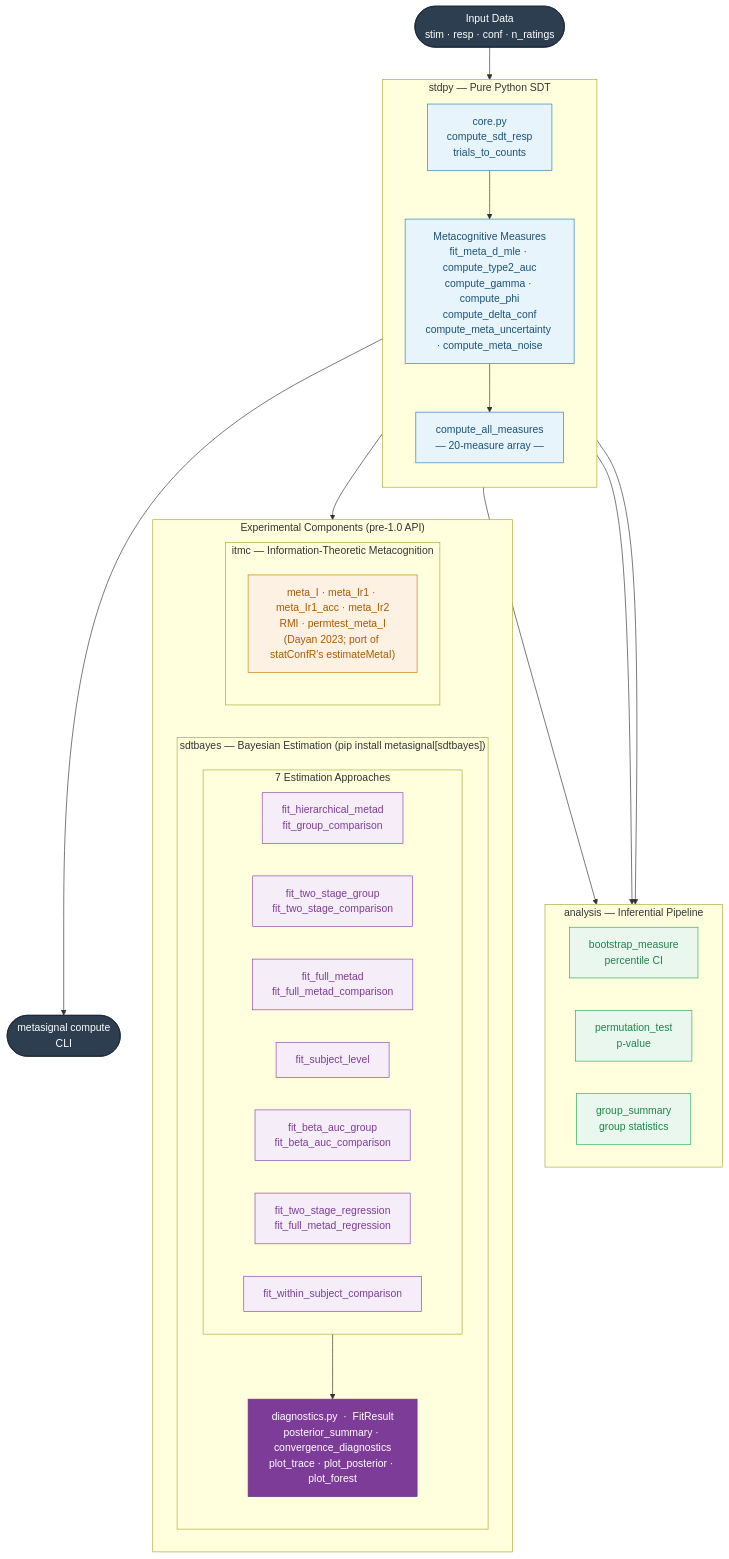
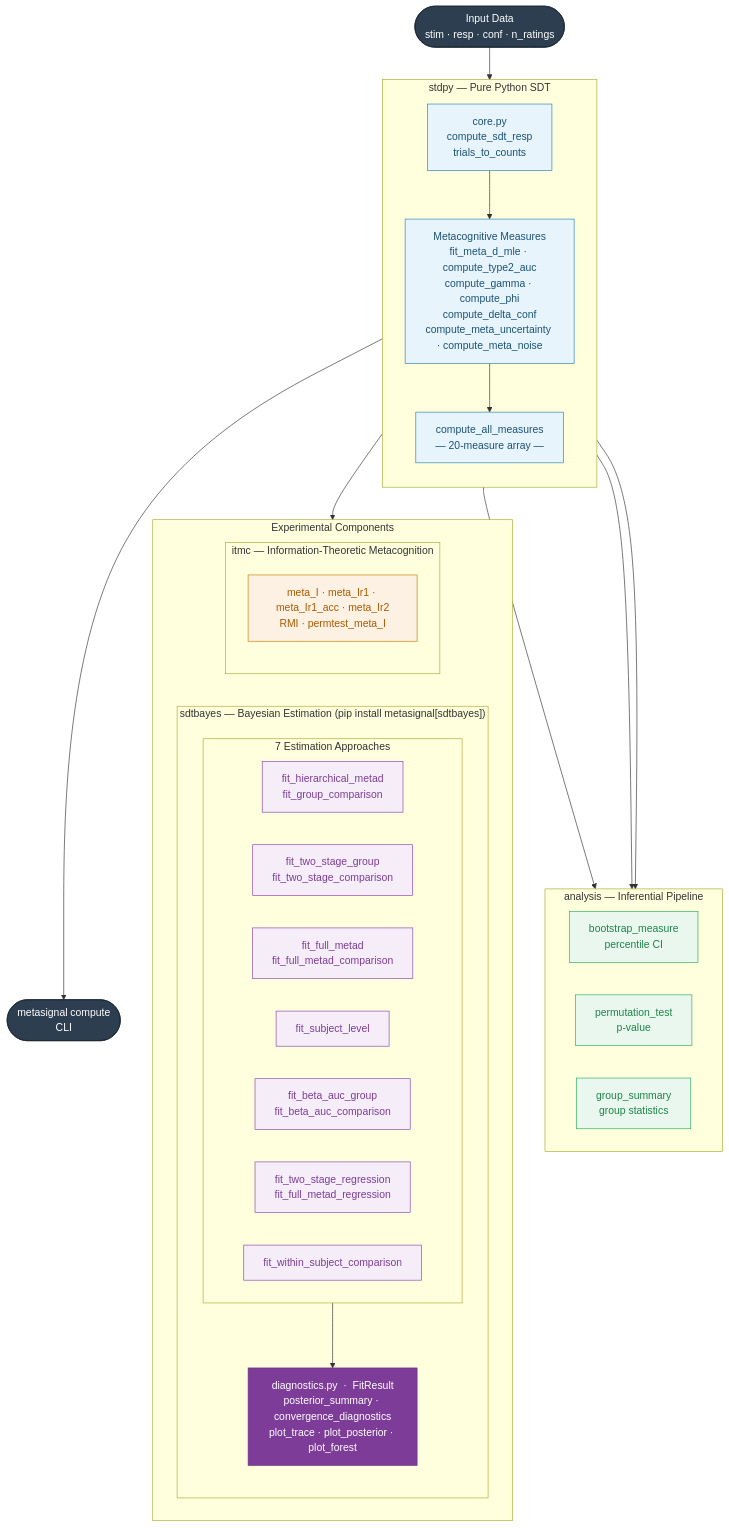
One commit to saurabhr/metasignal changed the diagram in paper/structure.md. Above: the diagram before and after it, drawn with Mermaid. The commit also changed 7 other files, not shown here.

First line of the commit message:
Cite LLM metacognition literature, clean up architecture figure, tidy preprint

````diff
--- a/paper/structure.md
+++ b/paper/structure.md
@@ -3,66 +3,66 @@
 ```mermaid
 graph TD
     INPUT(["Input Data\nstim · resp · conf · n_ratings"])
 
     subgraph STDPY ["stdpy — Pure Python SDT"]
         direction TB
         CORE["core.py\ncompute_sdt_resp\ntrials_to_counts"]
         MEASURES["Metacognitive Measures\nfit_meta_d_mle · compute_type2_auc\ncompute_gamma · compute_phi\ncompute_delta_conf\ncompute_meta_uncertainty · compute_meta_noise"]
         COMPUTE_ALL["compute_all_measures\n― 20-measure array ―"]
         CORE --> MEASURES --> COMPUTE_ALL
     end
 
     subgraph ANALYSIS ["analysis — Inferential Pipeline"]
         direction LR
         BOOTSTRAP["bootstrap_measure\npercentile CI"]
         PERMUTATION["permutation_test\np-value"]
         GROUP["group_summary\ngroup statistics"]
     end
 
-    subgraph EXPERIMENTAL ["Experimental Components (pre-1.0 API)"]
+    subgraph EXPERIMENTAL ["Experimental Components"]
         direction LR
         subgraph SDTBAYES ["sdtbayes — Bayesian Estimation  (pip install metasignal[sdtbayes])"]
             direction TB
             subgraph MODELS ["7 Estimation Approaches"]
                 direction LR
                 HIER["fit_hierarchical_metad\nfit_group_comparison"]
                 TWO_STAGE["fit_two_stage_group\nfit_two_stage_comparison"]
                 FULL["fit_full_metad\nfit_full_metad_comparison"]
                 SUBJECT["fit_subject_level"]
                 BETA["fit_beta_auc_group\nfit_beta_auc_comparison"]
                 REGR["fit_two_stage_regression\nfit_full_metad_regression"]
                 WITHIN["fit_within_subject_comparison"]
             end
             DIAG["diagnostics.py  ·  FitResult\nposterior_summary · convergence_diagnostics\nplot_trace · plot_posterior · plot_forest"]
             MODELS --> DIAG
         end
 
         subgraph ITMC ["itmc — Information-Theoretic Metacognition"]
             direction TB
-            ITMC_FN["meta_I · meta_Ir1 · meta_Ir1_acc · meta_Ir2\nRMI · permtest_meta_I\n(Dayan 2023; port of statConfR's estimateMetaI)"]
+            ITMC_FN["meta_I · meta_Ir1 · meta_Ir1_acc · meta_Ir2\nRMI · permtest_meta_I"]
         end
     end
 
     CLI(["metasignal compute\nCLI"])
 
     INPUT --> STDPY
     COMPUTE_ALL --> BOOTSTRAP
     COMPUTE_ALL --> PERMUTATION
     COMPUTE_ALL --> GROUP
     COMPUTE_ALL --> CLI
     STDPY --> EXPERIMENTAL
 
     classDef io fill:#2c3e50,color:#fff,stroke:#1a252f
     classDef measure fill:#e8f4fc,color:#1a5276,stroke:#2980b9
     classDef inference fill:#e9f7ef,color:#1e8449,stroke:#27ae60
     classDef bayes fill:#f5eef8,color:#7d3c98,stroke:#8e44ad
     classDef itmc fill:#fdf1e3,color:#a85b00,stroke:#c77b00
     classDef diag fill:#7d3c98,color:#fff,stroke:#6c3483
 
     class INPUT,CLI io
     class CORE,MEASURES,COMPUTE_ALL measure
     class BOOTSTRAP,PERMUTATION,GROUP inference
     class HIER,TWO_STAGE,FULL,SUBJECT,BETA,REGR,WITHIN bayes
     class ITMC_FN itmc
     class DIAG diag
 ```
````
